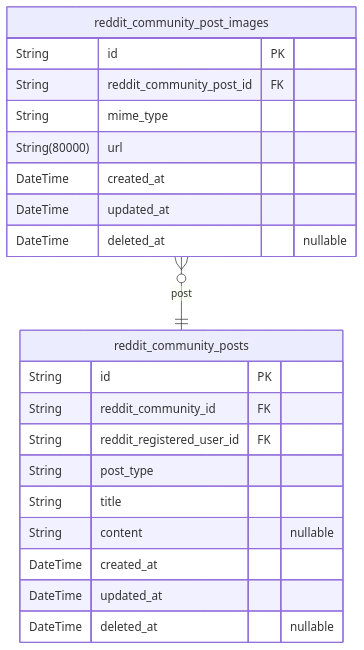
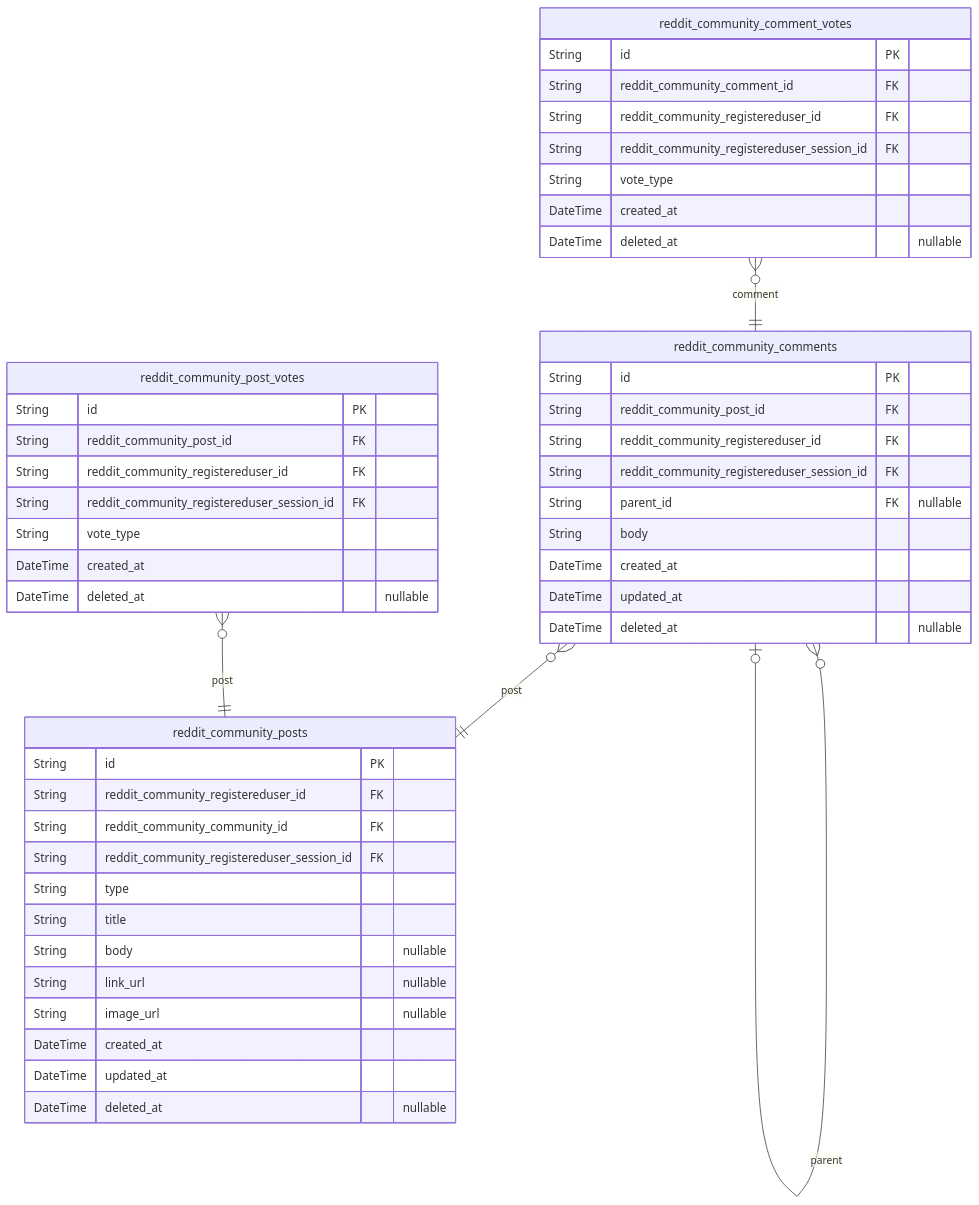
The fourth of 5 diagrams in openai/gpt-4.1-mini/reddit/docs/ERD.md (wrtnlabs/autobe-examples), drawn with Mermaid before and after one commit. The commit also changed other lines of this file and 1746 other files, not shown here.

````diff
--- a/openai/gpt-4.1-mini/reddit/docs/ERD.md
+++ b/openai/gpt-4.1-mini/reddit/docs/ERD.md
@@ -335,24 +353,50 @@
 ```mermaid
 erDiagram
 "reddit_community_posts" {
   String id PK
-  String reddit_community_id FK
-  String reddit_registered_user_id FK
-  String post_type
+  String reddit_community_registereduser_id FK
+  String reddit_community_community_id FK
+  String reddit_community_registereduser_session_id FK
+  String type
   String title
-  String content "nullable"
+  String body "nullable"
+  String link_url "nullable"
+  String image_url "nullable"
   DateTime created_at
   DateTime updated_at
   DateTime deleted_at "nullable"
 }
-"reddit_community_post_images" {
+"reddit_community_comments" {
   String id PK
   String reddit_community_post_id FK
-  String mime_type
-  String(80000) url
+  String reddit_community_registereduser_id FK
+  String reddit_community_registereduser_session_id FK
+  String parent_id FK "nullable"
+  String body
   DateTime created_at
   DateTime updated_at
   DateTime deleted_at "nullable"
 }
-"reddit_community_post_images" }o--|| "reddit_community_posts" : post
+"reddit_community_post_votes" {
+  String id PK
+  String reddit_community_post_id FK
+  String reddit_community_registereduser_id FK
+  String reddit_community_registereduser_session_id FK
+  String vote_type
+  DateTime created_at
+  DateTime deleted_at "nullable"
+}
+"reddit_community_comment_votes" {
+  String id PK
+  String reddit_community_comment_id FK
+  String reddit_community_registereduser_id FK
+  String reddit_community_registereduser_session_id FK
+  String vote_type
+  DateTime created_at
+  DateTime deleted_at "nullable"
+}
+"reddit_community_comments" }o--|| "reddit_community_posts" : post
+"reddit_community_comments" }o--o| "reddit_community_comments" : parent
+"reddit_community_post_votes" }o--|| "reddit_community_posts" : post
+"reddit_community_comment_votes" }o--|| "reddit_community_comments" : comment
 ```
````
